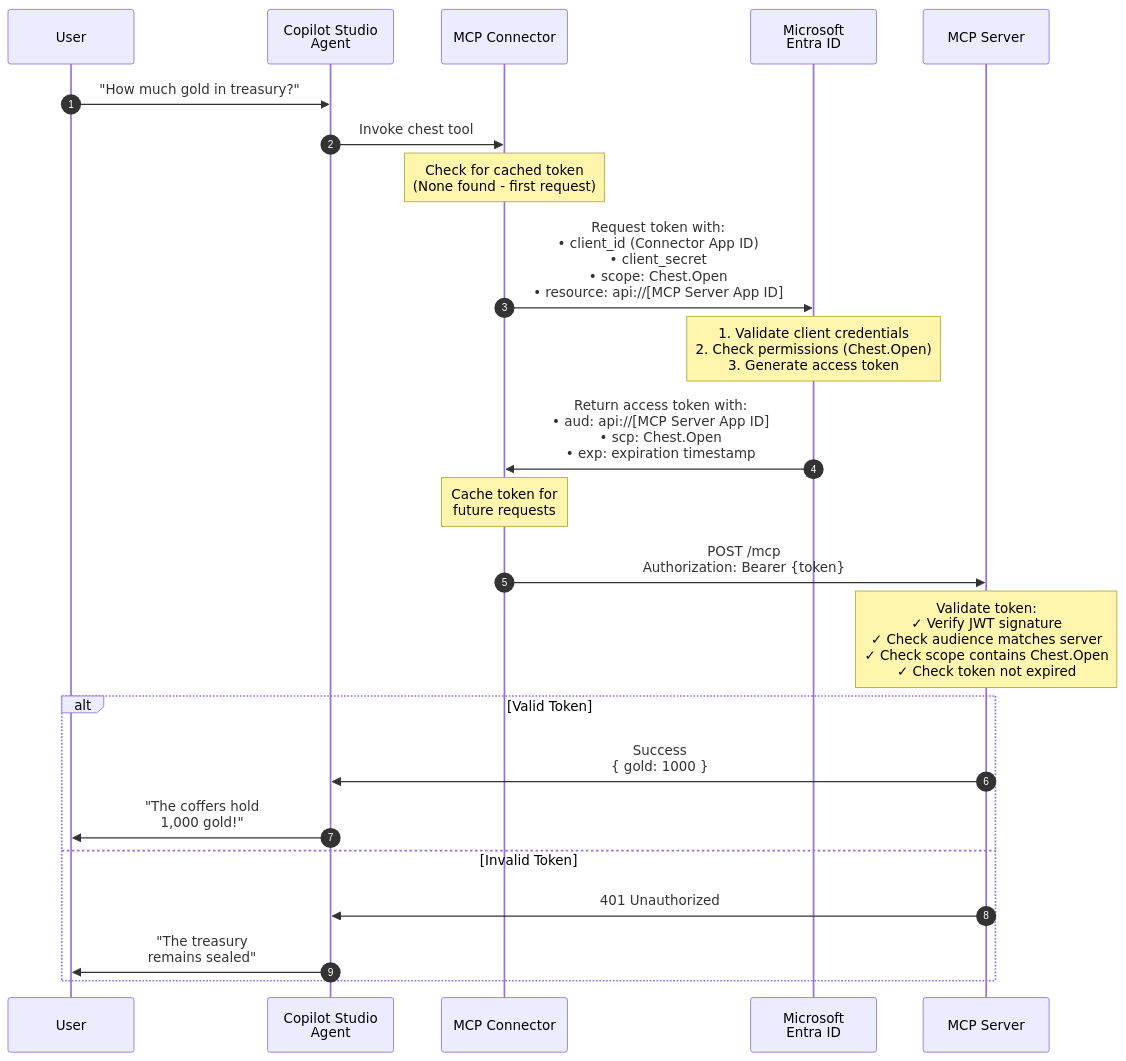
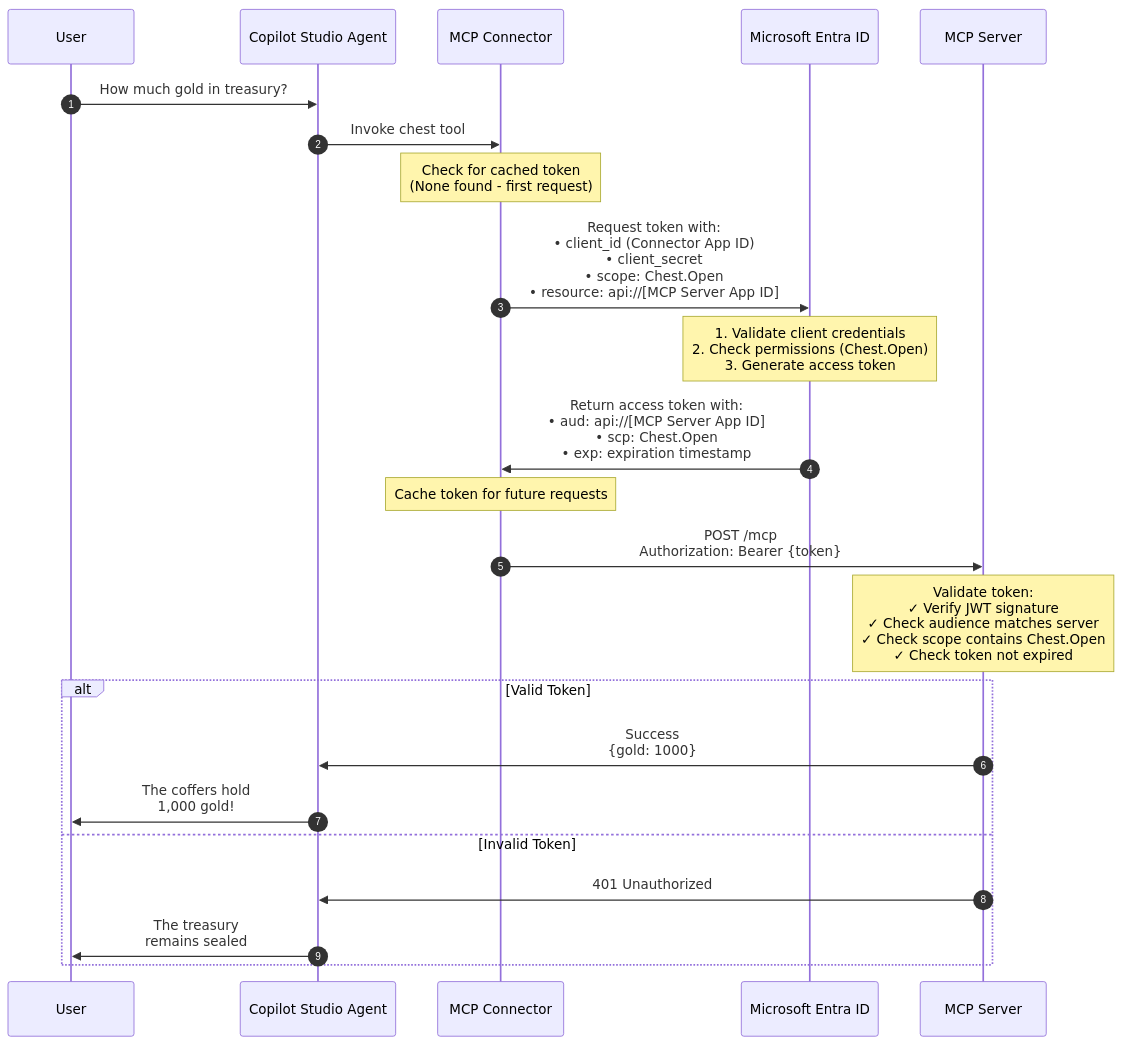
The diagram in labs/guildhall-custom-mcp/README.md (pratapladhani/mcs-labs), drawn with Mermaid before and after one commit. The commit also changed other lines of this file and 9 other files, not shown here.

````diff
--- a/labs/guildhall-custom-mcp/README.md
+++ b/labs/guildhall-custom-mcp/README.md
@@ -926,34 +942,26 @@
-<div class="mermaid">
+```mermaid
 sequenceDiagram
     autonumber
     participant User
-    participant Agent as Copilot Studio<br/>Agent
+    participant Agent as Copilot Studio Agent
     participant Connector as MCP Connector
-    participant EntraID as Microsoft<br/>Entra ID
+    participant EntraID as Microsoft Entra ID
     participant MCP as MCP Server
 
-    User->>Agent: "How much gold in treasury?"
+    User->>Agent: How much gold in treasury?
     Agent->>Connector: Invoke chest tool
-
     Note over Connector: Check for cached token<br/>(None found - first request)
-
     Connector->>EntraID: Request token with:<br/>• client_id (Connector App ID)<br/>• client_secret<br/>• scope: Chest.Open<br/>• resource: api://[MCP Server App ID]
-
     Note over EntraID: 1. Validate client credentials<br/>2. Check permissions (Chest.Open)<br/>3. Generate access token
-
     EntraID->>Connector: Return access token with:<br/>• aud: api://[MCP Server App ID]<br/>• scp: Chest.Open<br/>• exp: expiration timestamp
-
-    Note over Connector: Cache token for<br/>future requests
-
+    Note over Connector: Cache token for future requests
     Connector->>MCP: POST /mcp<br/>Authorization: Bearer {token}
-
     Note over MCP: Validate token:<br/>✓ Verify JWT signature<br/>✓ Check audience matches server<br/>✓ Check scope contains Chest.Open<br/>✓ Check token not expired
-
     alt Valid Token
-        MCP->>Agent: Success<br/>{ gold: 1000 }
-        Agent->>User: "The coffers hold<br/>1,000 gold!"
+        MCP->>Agent: Success<br/>{gold: 1000}
+        Agent->>User: The coffers hold<br/>1,000 gold!
     else Invalid Token
         MCP->>Agent: 401 Unauthorized
-        Agent->>User: "The treasury<br/>remains sealed"
+        Agent->>User: The treasury<br/>remains sealed
     end
-</div>
+```
````
